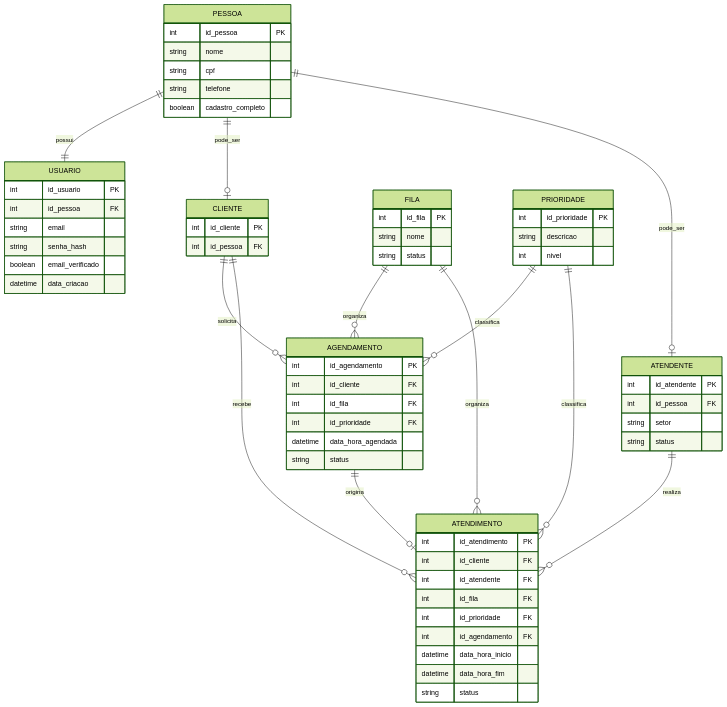
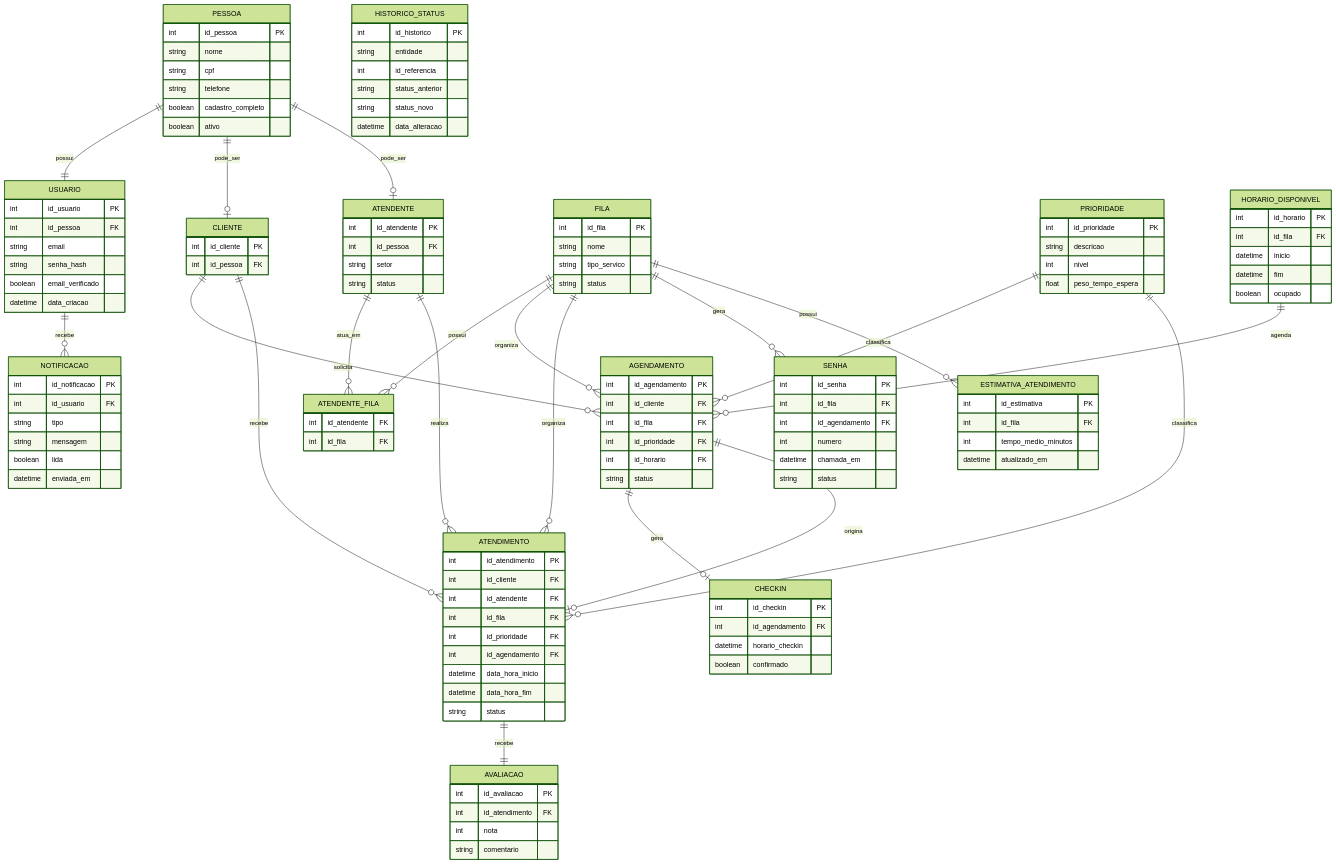
Before and after one commit to SrSmithsm/Aplicativo-de-registro-de-atendimento: the diagram in README.md, drawn with Mermaid (forest theme). The commit also changed other lines of this file, not shown here.

First line of the commit message:
feat: expansão do modelo ER com gestão avançada de filas e atendimentos

````diff
--- a/README.md
+++ b/README.md
@@ -138,6 +138,7 @@
         string cpf
         string telefone
         boolean cadastro_completo
+        boolean ativo
     }
 
     USUARIO {
@@ -164,13 +165,28 @@
     FILA {
         int id_fila PK
         string nome
+        string tipo_servico
         string status
+    }
+
+    ATENDENTE_FILA {
+        int id_atendente FK
+        int id_fila FK
     }
 
     PRIORIDADE {
         int id_prioridade PK
         string descricao
         int nivel
+        float peso_tempo_espera
+    }
+
+    HORARIO_DISPONIVEL {
+        int id_horario PK
+        int id_fila FK
+        datetime inicio
+        datetime fim
+        boolean ocupado
     }
 
     AGENDAMENTO {
@@ -178,8 +194,15 @@
         int id_cliente FK
         int id_fila FK
         int id_prioridade FK
-        datetime data_hora_agendada
+        int id_horario FK
         string status
+    }
+
+    CHECKIN {
+        int id_checkin PK
+        int id_agendamento FK
+        datetime horario_checkin
+        boolean confirmado
     }
 
     ATENDIMENTO {
@@ -194,19 +217,74 @@
         string status
     }
 
-    %% Relacionamentos
+    AVALIACAO {
+        int id_avaliacao PK
+        int id_atendimento FK
+        int nota
+        string comentario
+    }
+
+    SENHA {
+        int id_senha PK
+        int id_fila FK
+        int id_agendamento FK
+        int numero
+        datetime chamada_em
+        string status
+    }
+
+    NOTIFICACAO {
+        int id_notificacao PK
+        int id_usuario FK
+        string tipo
+        string mensagem
+        boolean lida
+        datetime enviada_em
+    }
+
+    ESTIMATIVA_ATENDIMENTO {
+        int id_estimativa PK
+        int id_fila FK
+        int tempo_medio_minutos
+        datetime atualizado_em
+    }
+
+    HISTORICO_STATUS {
+        int id_historico PK
+        string entidade
+        int id_referencia
+        string status_anterior
+        string status_novo
+        datetime data_alteracao
+    }
+
+    %% RELACIONAMENTOS
 
     PESSOA ||--|| USUARIO : possui
     PESSOA ||--o| CLIENTE : pode_ser
     PESSOA ||--o| ATENDENTE : pode_ser
 
+    ATENDENTE ||--o{ ATENDENTE_FILA : atua_em
+    FILA ||--o{ ATENDENTE_FILA : possui
+
     CLIENTE ||--o{ AGENDAMENTO : solicita
     FILA ||--o{ AGENDAMENTO : organiza
     PRIORIDADE ||--o{ AGENDAMENTO : classifica
+    HORARIO_DISPONIVEL ||--o{ AGENDAMENTO : agenda
+
+    AGENDAMENTO ||--o| CHECKIN : gera
 
     CLIENTE ||--o{ ATENDIMENTO : recebe
     ATENDENTE ||--o{ ATENDIMENTO : realiza
     FILA ||--o{ ATENDIMENTO : organiza
     PRIORIDADE ||--o{ ATENDIMENTO : classifica
     AGENDAMENTO ||--o| ATENDIMENTO : origina
+
+    ATENDIMENTO ||--|| AVALIACAO : recebe
+
+    FILA ||--o{ SENHA : gera
+
+    USUARIO ||--o{ NOTIFICACAO : recebe
+
+    FILA ||--o{ ESTIMATIVA_ATENDIMENTO : possui
 ```
````
